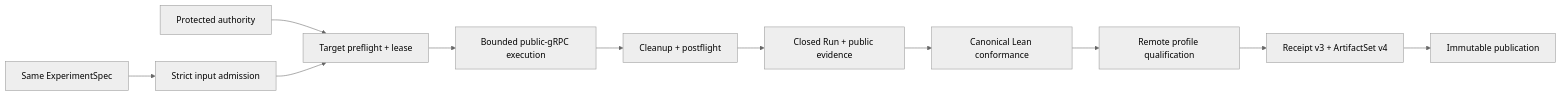
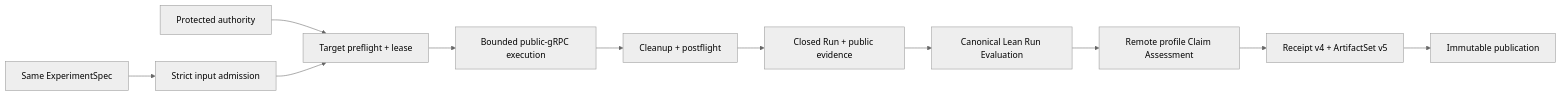
One commit to stephanos/temporal changed the diagram in .flow/specs/fn-28-authorized-remote-staging-black-box.md. Above: the diagram before and after it, drawn with Mermaid (neutral theme). The commit also changed other lines of this file and 277 other files, not shown here.

````diff
--- a/.flow/specs/fn-28-authorized-remote-staging-black-box.md
+++ b/.flow/specs/fn-28-authorized-remote-staging-black-box.md
@@ -39,13 +39,13 @@
 ```mermaid
 flowchart LR
   S[Same ExperimentSpec] --> A[Strict input admission]
   P[Protected authority] --> T[Target preflight + lease]
   A --> T
   T --> X[Bounded public-gRPC execution]
   X --> K[Cleanup + postflight]
   K --> E[Closed Run + public evidence]
-  E --> C[Canonical Lean conformance]
-  C --> Q[Remote profile qualification]
-  Q --> R[Receipt v3 + ArtifactSet v4]
+  E --> C[Canonical Lean Run Evaluation]
+  C --> Q[Remote profile Claim Assessment]
+  Q --> R[Receipt v4 + ArtifactSet v5]
   R --> O[Immutable publication]
 ```
````
